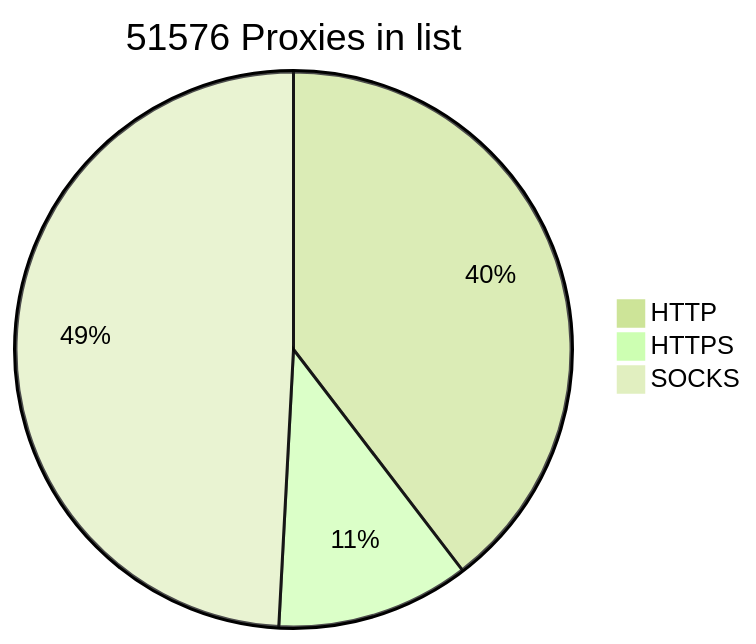
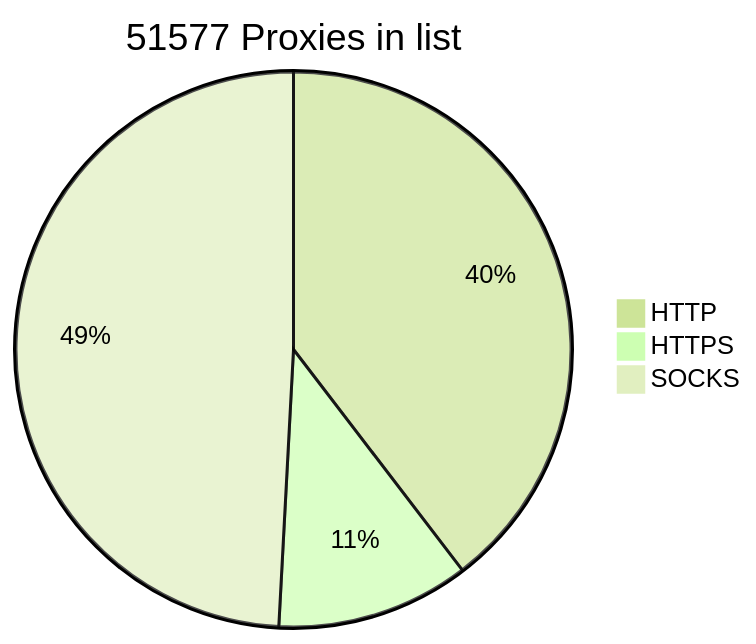
One commit to BlackSnowDot/proxylist-update-every-minute changed the diagram in README.md. Above: the diagram before and after it, drawn with Mermaid (forest theme).

````diff
--- a/README.md
+++ b/README.md
@@ -2,6 +2,6 @@
 ```mermaid
-pie title 51576 Proxies in list
+pie title 51577 Proxies in list
     "HTTP" : 22683
     "HTTPS": 6439
-    "SOCKS" : 28154
+    "SOCKS" : 28155
 ```
````
